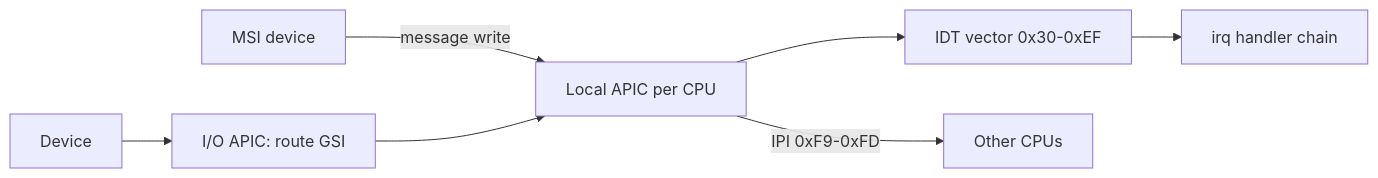
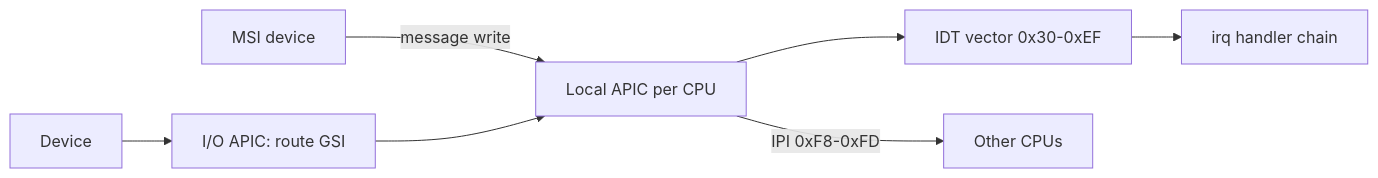
One commit to rizonesoft/impossible-os changed the diagram in docs/hardware/apic-interrupt-routing.md. Above: the diagram before and after it, drawn with Mermaid. The commit also changed 25 other files, not shown here.

````diff
--- a/docs/hardware/apic-interrupt-routing.md
+++ b/docs/hardware/apic-interrupt-routing.md
@@ -18,9 +18,9 @@
 ```mermaid
 flowchart LR
     D[Device] --> IO[I/O APIC: route GSI]
     M[MSI device] -->|message write| L
     IO --> L[Local APIC per CPU]
     L --> V[IDT vector 0x30-0xEF]
     V --> H[irq handler chain]
-    L -->|IPI 0xF9-0xFD| O[Other CPUs]
+    L -->|IPI 0xF8-0xFD| O[Other CPUs]
 ```
````
